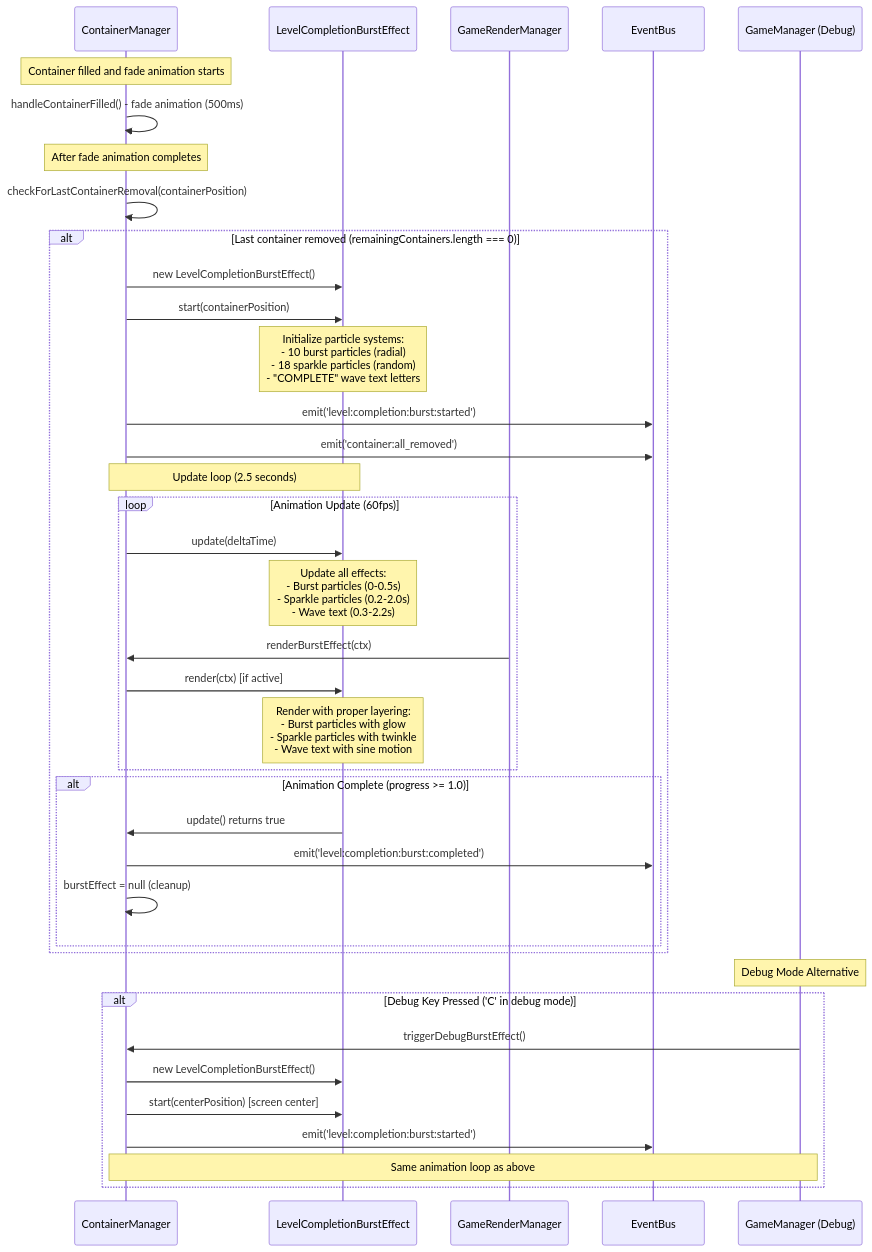
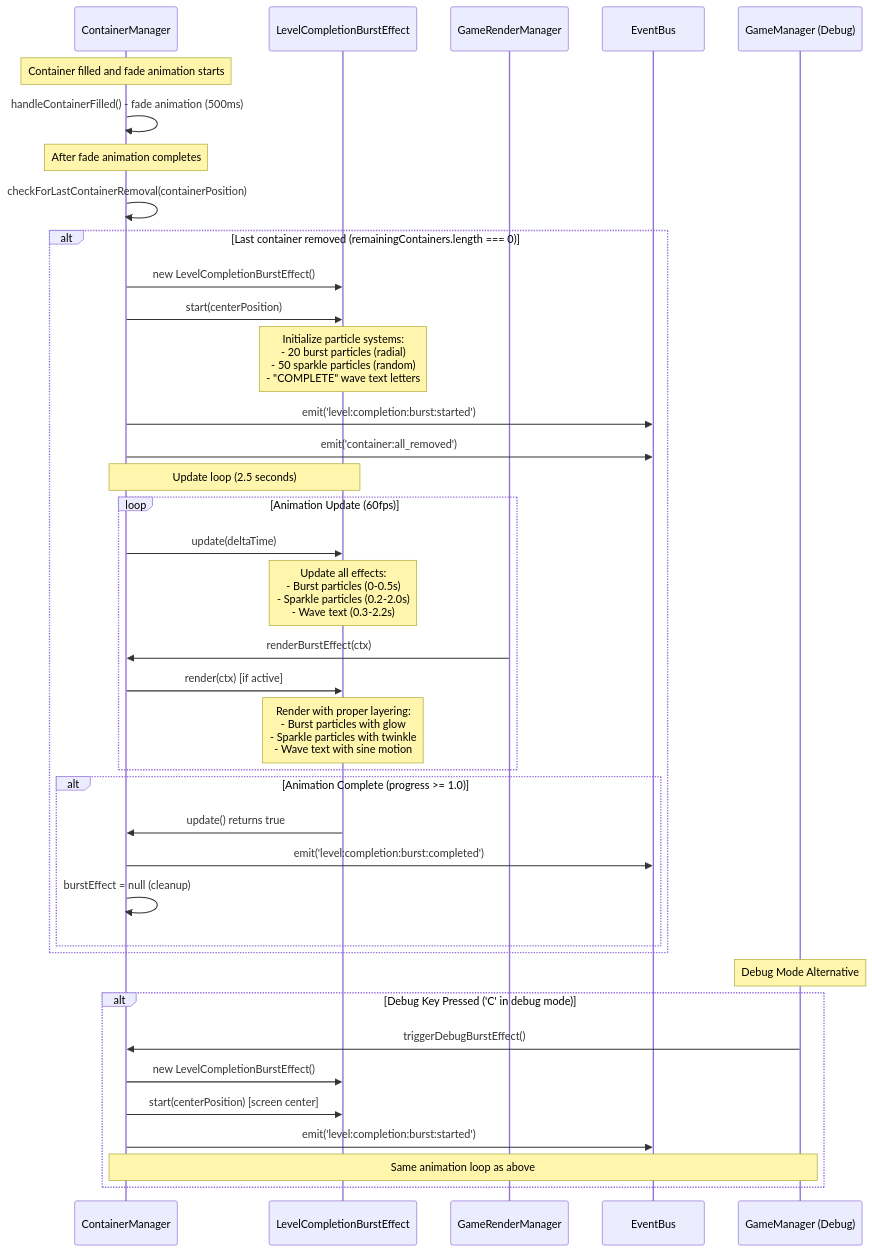
One commit to paulrobello/par-shape-2d changed the seventh of 8 diagrams in docs/game_event_flows.md. Above: the diagram before and after it, drawn with Mermaid. The commit also changed 3 other files, not shown here.

First line of the commit message:
enhance: center level completion animation and double particle count

````diff
--- a/docs/game_event_flows.md
+++ b/docs/game_event_flows.md
@@ -473,56 +473,56 @@
 ```mermaid
 sequenceDiagram
     participant CM as ContainerManager
     participant LCE as LevelCompletionBurstEffect
     participant GRM as GameRenderManager
     participant EB as EventBus
     participant GM as GameManager (Debug)
 
     Note over CM: Container filled and fade animation starts
     
     CM->>CM: handleContainerFilled() - fade animation (500ms)
     
     Note over CM: After fade animation completes
     
     CM->>CM: checkForLastContainerRemoval(containerPosition)
     
     alt Last container removed (remainingContainers.length === 0)
         CM->>LCE: new LevelCompletionBurstEffect()
-        CM->>LCE: start(containerPosition)
+        CM->>LCE: start(centerPosition)
         
-        Note over LCE: Initialize particle systems:<br/>- 10 burst particles (radial)<br/>- 18 sparkle particles (random)<br/>- "COMPLETE" wave text letters
+        Note over LCE: Initialize particle systems:<br/>- 20 burst particles (radial)<br/>- 50 sparkle particles (random)<br/>- "COMPLETE" wave text letters
         
         CM->>EB: emit('level:completion:burst:started')
         CM->>EB: emit('container:all_removed')
         
         Note over CM,LCE: Update loop (2.5 seconds)
         
         loop Animation Update (60fps)
             CM->>LCE: update(deltaTime)
             
             Note over LCE: Update all effects:<br/>- Burst particles (0-0.5s)<br/>- Sparkle particles (0.2-2.0s)<br/>- Wave text (0.3-2.2s)
             
             GRM->>CM: renderBurstEffect(ctx)
             CM->>LCE: render(ctx) [if active]
             
             Note over LCE: Render with proper layering:<br/>- Burst particles with glow<br/>- Sparkle particles with twinkle<br/>- Wave text with sine motion
         end
         
         alt Animation Complete (progress >= 1.0)
             LCE->>CM: update() returns true
             CM->>EB: emit('level:completion:burst:completed')
             CM->>CM: burstEffect = null (cleanup)
         end
     end
     
     Note over GM: Debug Mode Alternative
     
     alt Debug Key Pressed ('C' in debug mode)
         GM->>CM: triggerDebugBurstEffect()
         CM->>LCE: new LevelCompletionBurstEffect()
         CM->>LCE: start(centerPosition) [screen center]
         CM->>EB: emit('level:completion:burst:started')
         
         Note over GM,CM: Same animation loop as above
     end
 ```
````
